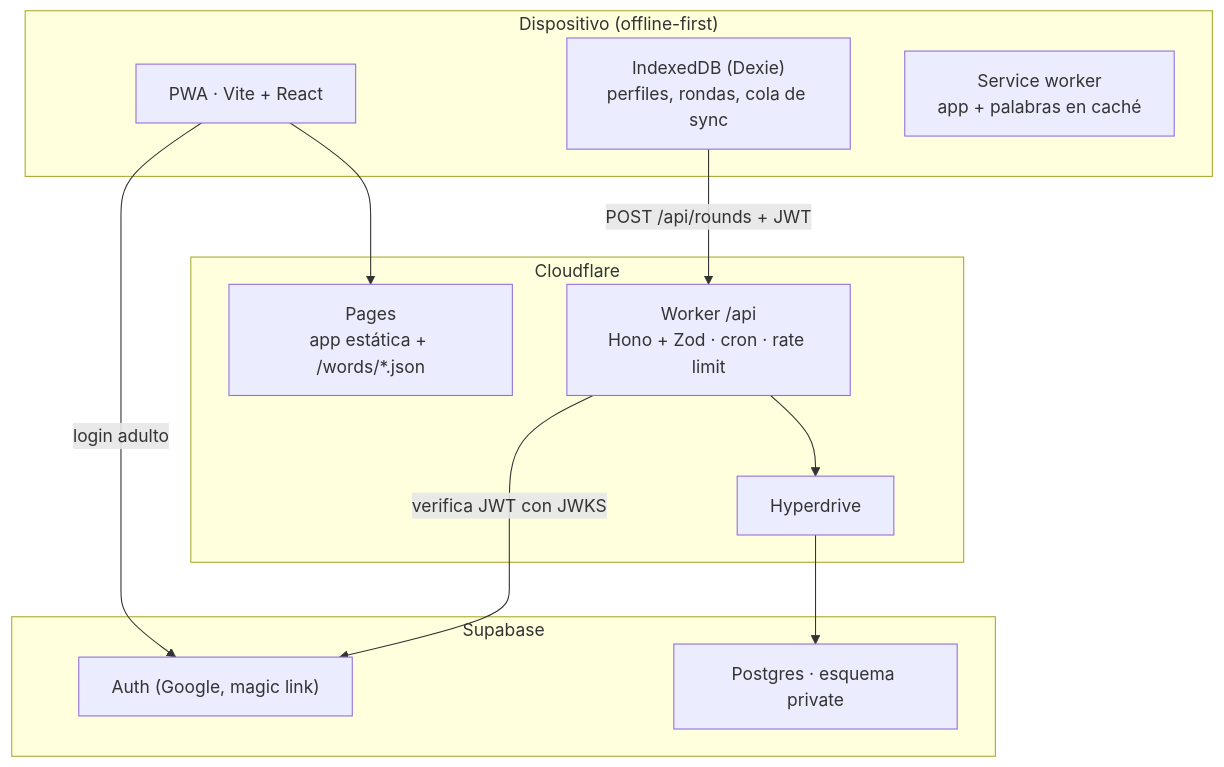
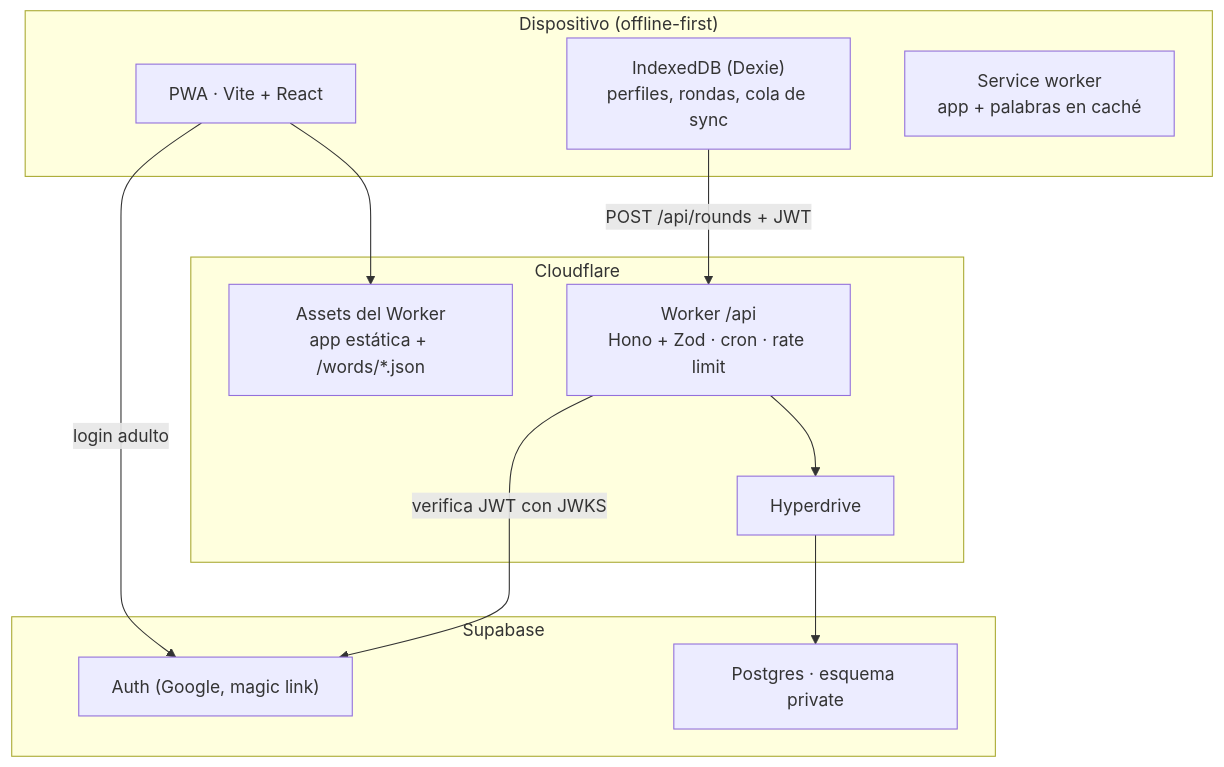
The diagram in docs/arquitectura.md (tincho1980/gatito-gramatico), drawn with Mermaid before and after one commit. The commit also changed other lines of this file and 48 other files, not shown here.

````diff
--- a/docs/arquitectura.md
+++ b/docs/arquitectura.md
@@ -5,22 +5,22 @@
 ```mermaid
 flowchart TD
     subgraph D["Dispositivo (offline-first)"]
         PWA["PWA · Vite + React"]
         IDB["IndexedDB (Dexie)<br/>perfiles, rondas, cola de sync"]
         SW["Service worker<br/>app + palabras en caché"]
     end
     subgraph CF["Cloudflare"]
-        PG["Pages<br/>app estática + /words/*.json"]
+        PG["Assets del Worker<br/>app estática + /words/*.json"]
         WK["Worker /api<br/>Hono + Zod · cron · rate limit"]
         HD["Hyperdrive"]
     end
     subgraph SB["Supabase"]
         AU["Auth (Google, magic link)"]
         DB["Postgres · esquema private"]
     end
     PWA --> PG
     PWA -->|login adulto| AU
     IDB -->|"POST /api/rounds + JWT"| WK
     WK -->|verifica JWT con JWKS| AU
     WK --> HD --> DB
 ```
````
